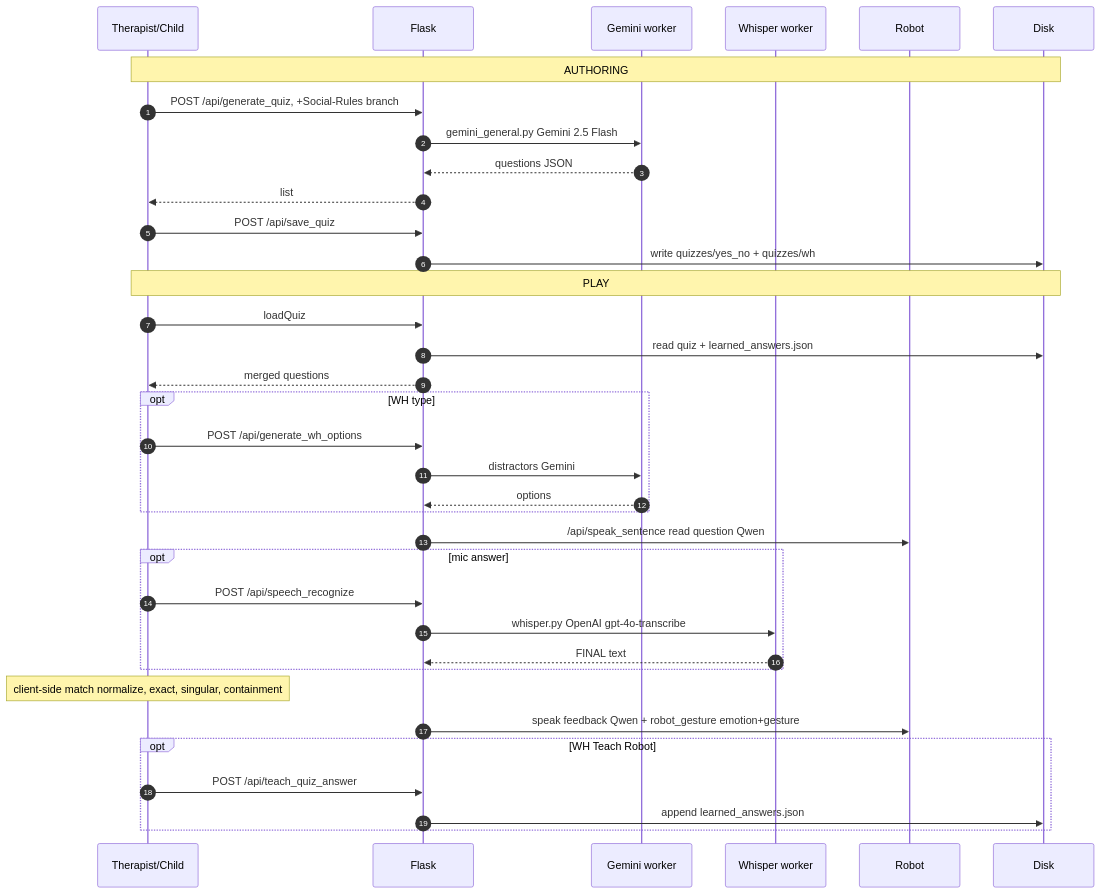
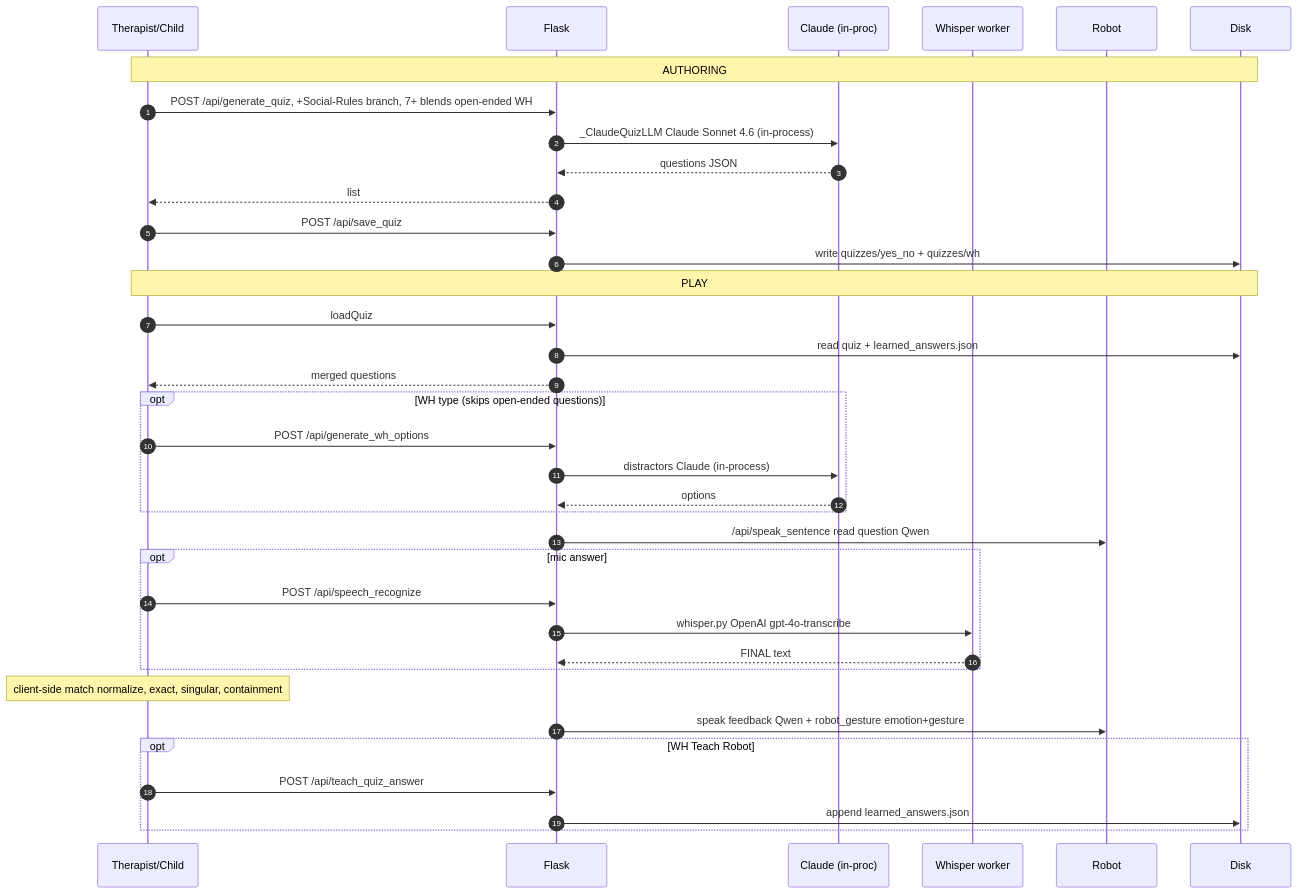
The fourth of 5 diagrams in ARCHITECTURE.md (soominimini/LLM_integrated_robot_dashboard), drawn with Mermaid before and after one commit. The commit also changed other lines of this file and 11 other files, not shown here.

````diff
--- a/ARCHITECTURE.md
+++ b/ARCHITECTURE.md
@@ -685,38 +771,38 @@
 ```mermaid
 sequenceDiagram
     autonumber
     participant U as Therapist/Child
     participant F as Flask
-    participant G as Gemini worker
+    participant CL as Claude (in-proc)
     participant W as Whisper worker
     participant R as Robot
     participant D as Disk
     Note over U,D: AUTHORING
-    U->>F: POST /api/generate_quiz, +Social-Rules branch
-    F->>G: gemini_general.py Gemini 2.5 Flash
-    G-->>F: questions JSON
+    U->>F: POST /api/generate_quiz, +Social-Rules branch, 7+ blends open-ended WH
+    F->>CL: _ClaudeQuizLLM Claude Sonnet 4.6 (in-process)
+    CL-->>F: questions JSON
     F-->>U: list
     U->>F: POST /api/save_quiz
     F->>D: write quizzes/yes_no + quizzes/wh
     Note over U,D: PLAY
     U->>F: loadQuiz
     F->>D: read quiz + learned_answers.json
     F-->>U: merged questions
-    opt WH type
+    opt WH type (skips open-ended questions)
         U->>F: POST /api/generate_wh_options
-        F->>G: distractors Gemini
-        G-->>F: options
+        F->>CL: distractors Claude (in-process)
+        CL-->>F: options
     end
     F->>R: /api/speak_sentence read question Qwen
     opt mic answer
         U->>F: POST /api/speech_recognize
         F->>W: whisper.py OpenAI gpt-4o-transcribe
         W-->>F: FINAL text
     end
     Note over U: client-side match normalize, exact, singular, containment
     F->>R: speak feedback Qwen + robot_gesture emotion+gesture
     opt WH Teach Robot
         U->>F: POST /api/teach_quiz_answer
         F->>D: append learned_answers.json
     end
 ```
````
